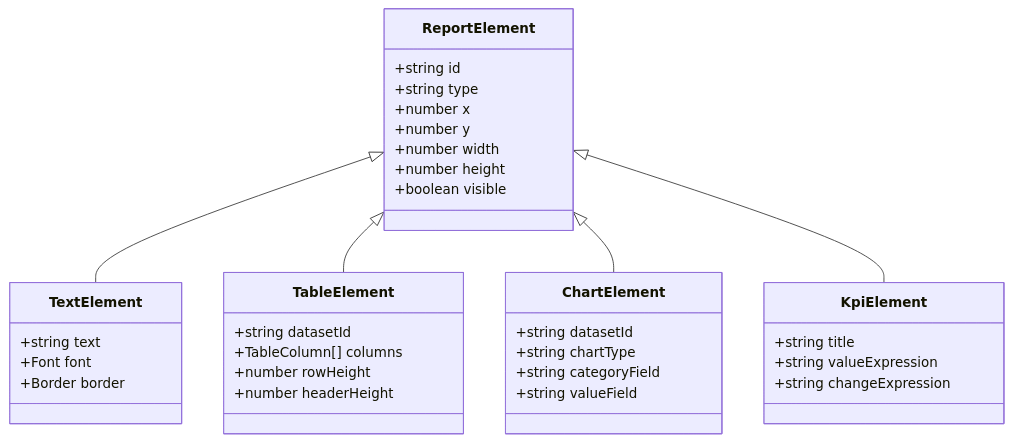
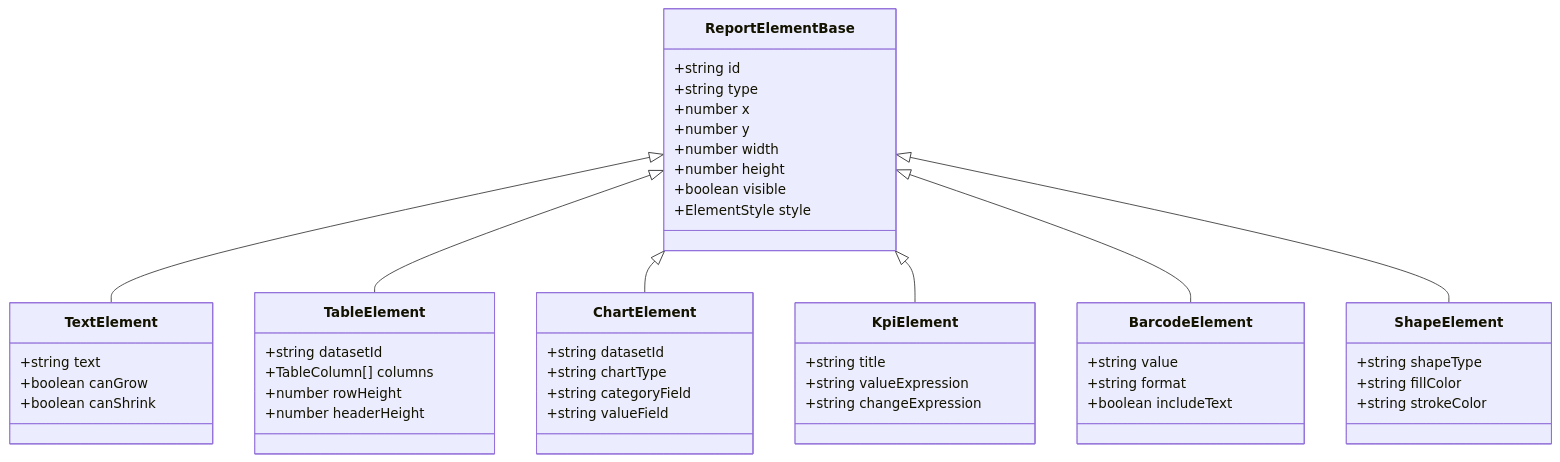
One commit to ssoad/OpenReport changed the third of 3 diagrams in docs/REPORT_SCHEMA.md. Above: the diagram before and after it, drawn with Mermaid. The commit also changed other lines of this file and 19 other files, not shown here.

Commit message:
docs: fix github pages spa, add 24 visual mermaid diagrams, and complete doc guides

````diff
--- a/docs/REPORT_SCHEMA.md
+++ b/docs/REPORT_SCHEMA.md
@@ -115,43 +138,58 @@
 ```mermaid
 classDiagram
-    class ReportElement {
+    class ReportElementBase {
         +string id
         +string type
         +number x
         +number y
         +number width
         +number height
         +boolean visible
+        +ElementStyle style
     }
 
     class TextElement {
         +string text
-        +Font font
-        +Border border
+        +boolean canGrow
+        +boolean canShrink
     }
 
     class TableElement {
         +string datasetId
         +TableColumn[] columns
         +number rowHeight
         +number headerHeight
     }
 
     class ChartElement {
         +string datasetId
         +string chartType
         +string categoryField
         +string valueField
     }
 
     class KpiElement {
         +string title
         +string valueExpression
         +string changeExpression
     }
 
-    ReportElement <|-- TextElement
-    ReportElement <|-- TableElement
-    ReportElement <|-- ChartElement
-    ReportElement <|-- KpiElement
+    class BarcodeElement {
+        +string value
+        +string format
+        +boolean includeText
+    }
+
+    class ShapeElement {
+        +string shapeType
+        +string fillColor
+        +string strokeColor
+    }
+
+    ReportElementBase <|-- TextElement
+    ReportElementBase <|-- TableElement
+    ReportElementBase <|-- ChartElement
+    ReportElementBase <|-- KpiElement
+    ReportElementBase <|-- BarcodeElement
+    ReportElementBase <|-- ShapeElement
 ```
````
